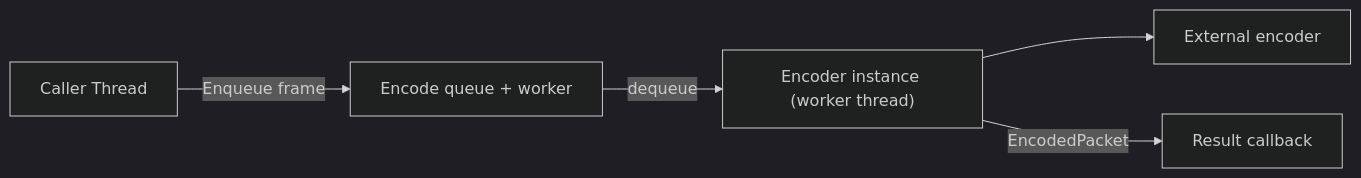
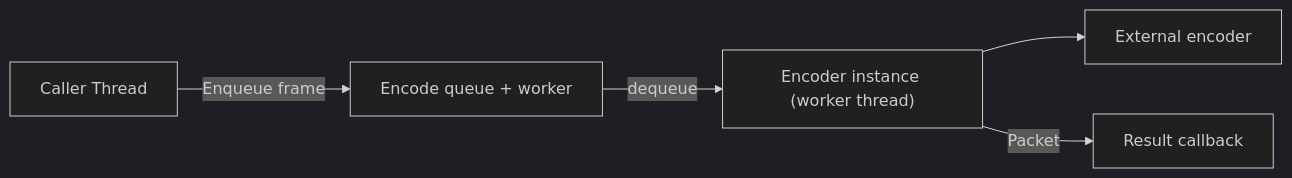
Before and after one commit to oxsource/video_codec: the second of 3 diagrams in codec/doc/architecture/threading.md, drawn with Mermaid (dark theme). The commit also changed other lines of this file and 55 other files, not shown here.

First line of the commit message:
refactor(core): unify Packet type (drop Encoded prefix, merge AudioPacket)

````diff
--- a/codec/doc/architecture/threading.md
+++ b/codec/doc/architecture/threading.md
@@ -30,7 +30,7 @@
 ```mermaid
 flowchart LR
     CALLER["Caller Thread"] -->|Enqueue frame| Q["Encode queue + worker"]
     Q -->|dequeue| ENC["Encoder instance (worker thread)"]
     ENC --> EXT["External encoder"]
-    ENC -->|EncodedPacket| CB["Result callback"]
+    ENC -->|Packet| CB["Result callback"]
 ```
````
